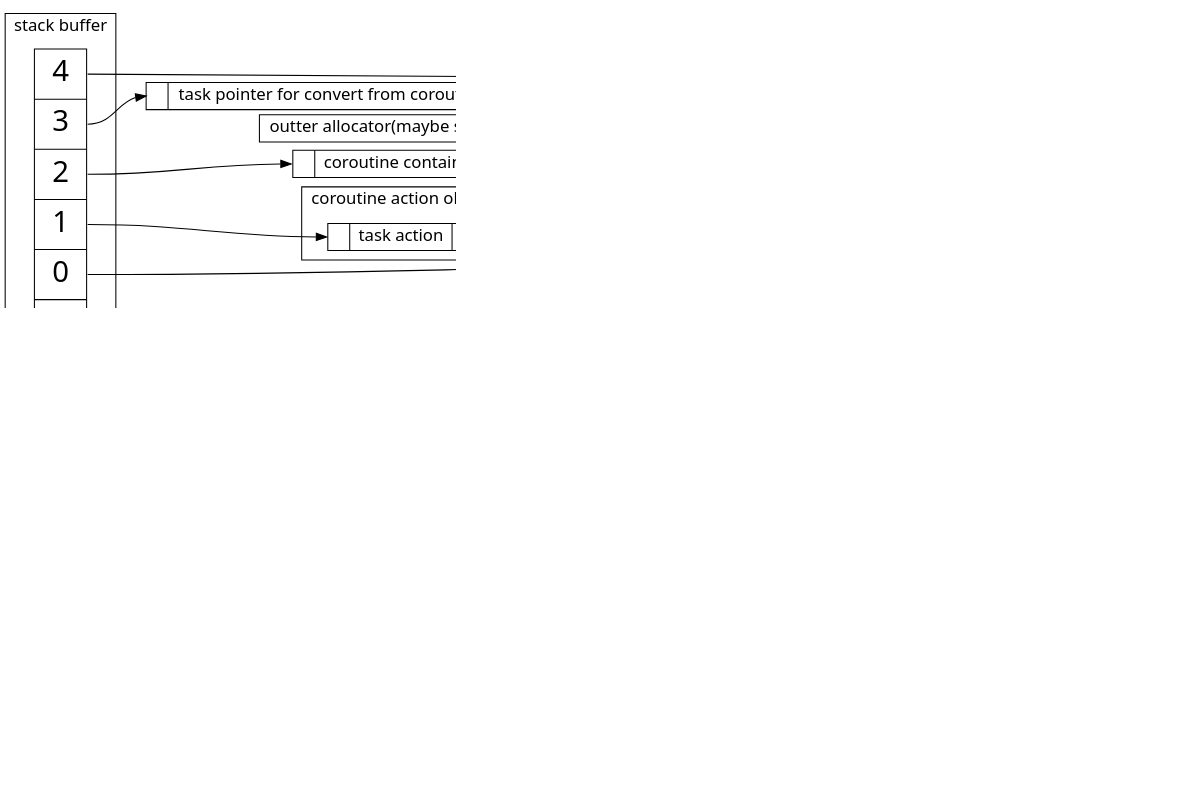
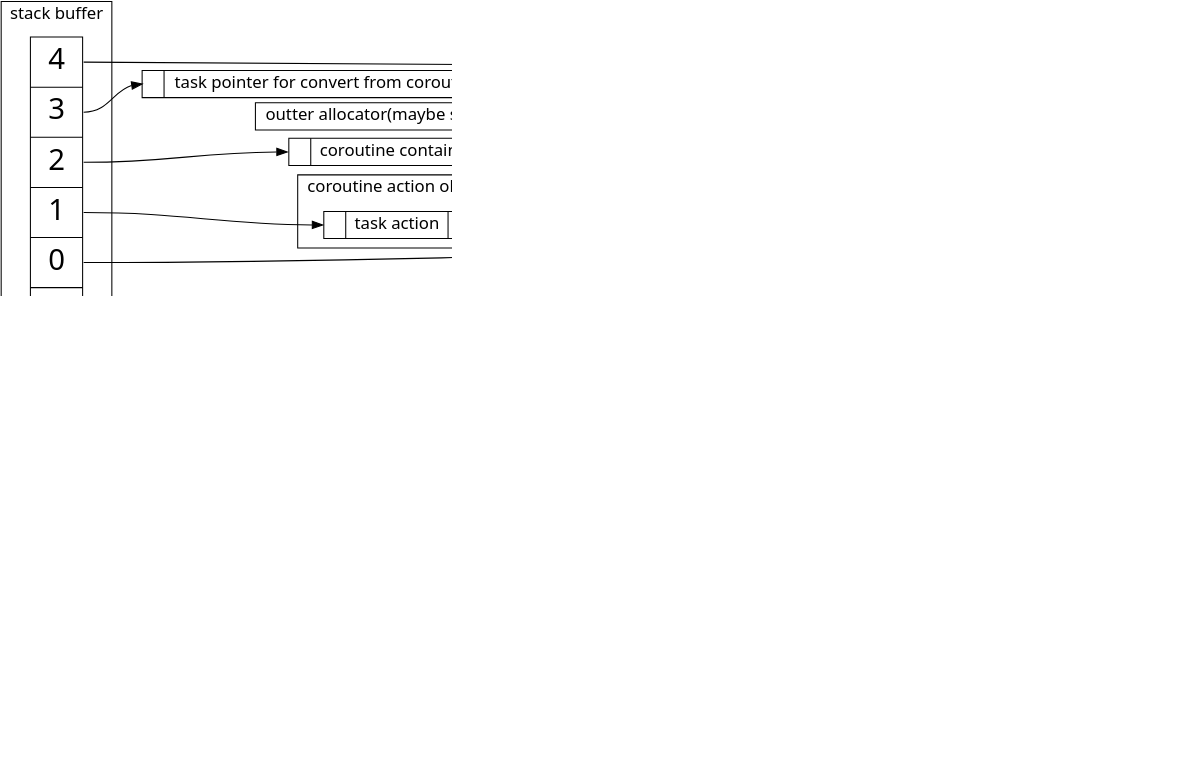
One commit to owent/blog-hugo changed the diagram in source/post/2018/1806-02.dot. Above: the diagram before and after it, drawn with Graphviz. The commit also changed 13 other files, not shown here.

Commit message:
优化图片

```diff
--- a/source/post/2018/1806-02.dot
+++ b/source/post/2018/1806-02.dot
@@ -1,70 +1,70 @@
 digraph new_libcopp_rel {
   rankdir=LR;
   nodesep=.05;
 
   charset="utf-8";
-  // bgcolor="transparent";
+  bgcolor="transparent";
   overlap=ipsep;
   dpi="192";
   fontsize="16";
   fontname="Noto Sans, DejaVu Sans Mono, Noto Sans Mono CJK SC";
   node [shape = "record", fontsize="16", fontname="Noto Sans, DejaVu Sans Mono, Noto Sans Mono CJK SC"];
   edge [fontsize="16", fontname="Noto Sans, DejaVu Sans Mono, Noto Sans Mono CJK SC"];
 
   subgraph cluster_stack_buffer {
     label="stack buffer";
     node [width=0.7,height=10, fontsize=28];
     stack_buffer [label = "<f0>4|<f1>3|<f2>2|<f3>1|<f4>0|<f5>c|a|l|l| |s|t|a|c|k"];
   }
 
   node [width=1.5, height=.1];
   task_pointer[label="{<n> |task pointer for convert from coroutine context to cotask|<p> }"];
 
 
 
 //  subgraph cluster_coroutine_container {
     // label="coroutine container object";
     coroutine_container [label="{<n> |coroutine container|<p> }"];
     coroutine_context [label="coroutine context"];
     private_data [label="{<n> |private data|<p> }", style="dashed"];
     coroutine_runner[shape="ellipse", label="coroutine runner"];
     allocator[label="allocator"];
     fcontext;
     stack[label="{<n> |stack|<p> }"];
 
     coroutine_container -> coroutine_context;
     coroutine_container -> allocator;
     coroutine_context -> fcontext;
     coroutine_context -> stack;
     coroutine_context -> private_data;
     allocator -> stack[style = "dashed", label = "create"];
     coroutine_container -> coroutine_runner[style = "dashed", label = "pointer"];
   //}
 
   subgraph cluster_task_action {
     label="coroutine action object";
     task_action [label="{<n> |task action|<p> }"];
   }
 
   
   subgraph cluster_task {
     label="coroutine task object";
     cotask[label="{<n> |cotask|<p> }"];
   }
 
   allocator_outter[label="outter allocator(maybe stack poll)"];
 
   stack_buffer:f0 -> private_data:n;
   stack_buffer:f1 -> task_pointer:n;
   stack_buffer:f2 -> coroutine_container:n;
   stack_buffer:f3 -> task_action:n;
   stack_buffer:f4 -> cotask:n;
 
 
   allocator_outter->allocator[style = "dashed", label = "move"];
   coroutine_container -> cotask[style = "dashed", label = "pointer"];
   task_action -> cotask [dir="back", style = "dashed", label = "pointer"];
   task_action -> coroutine_runner[dir="back", style = "dashed", label = "binding"];
 
   // stack:p -> stack_buffer:f5;
 }
```
